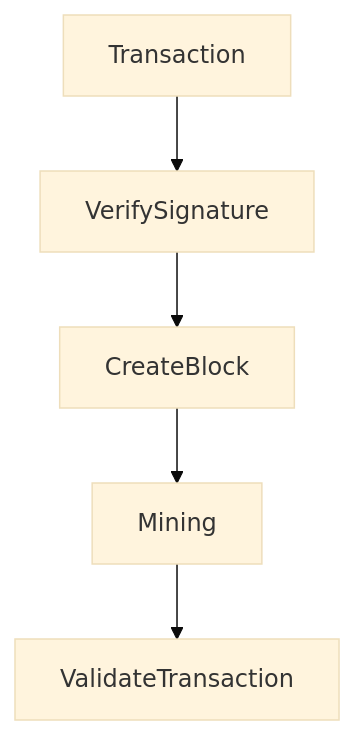
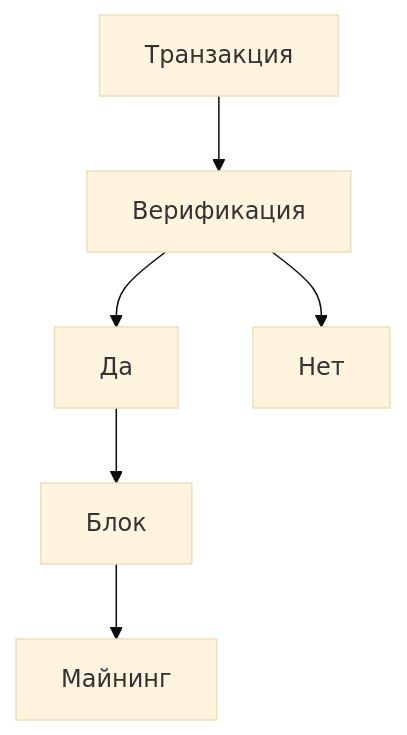
The diagram in README.md (LaPedrik/Blockchain-Client), drawn with Mermaid (base theme) before and after one commit.

````diff
--- a/README.md
+++ b/README.md
@@ -12,7 +12,8 @@
 ```mermaid
 graph TD;
-    Transaction-->VerifySignature;
-    VerifySignature-->CreateBlock;
-    CreateBlock-->Mining;
-    Mining-->ValidateTransaction;
+    Транзакция-->Верификация;
+    Верификация-->Да;
+    Верификация-->Нет;
+    Да-->Блок;
+    Блок-->Майнинг
 ```
````
